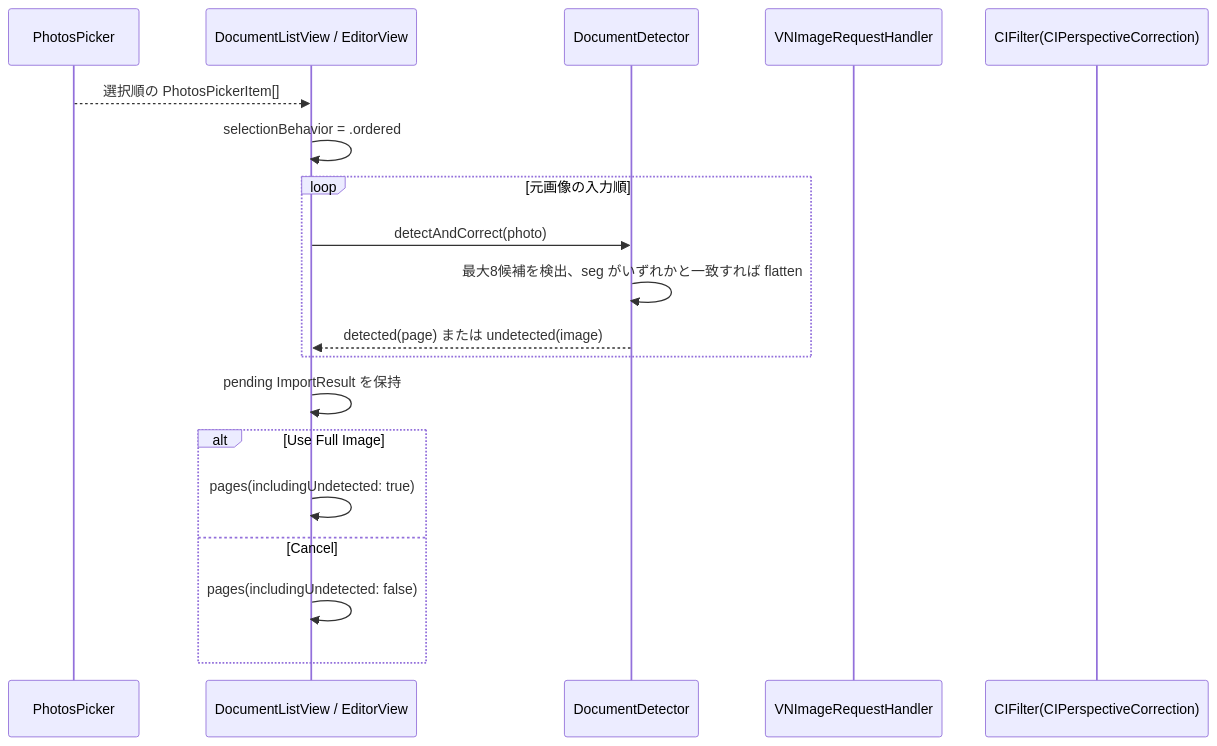
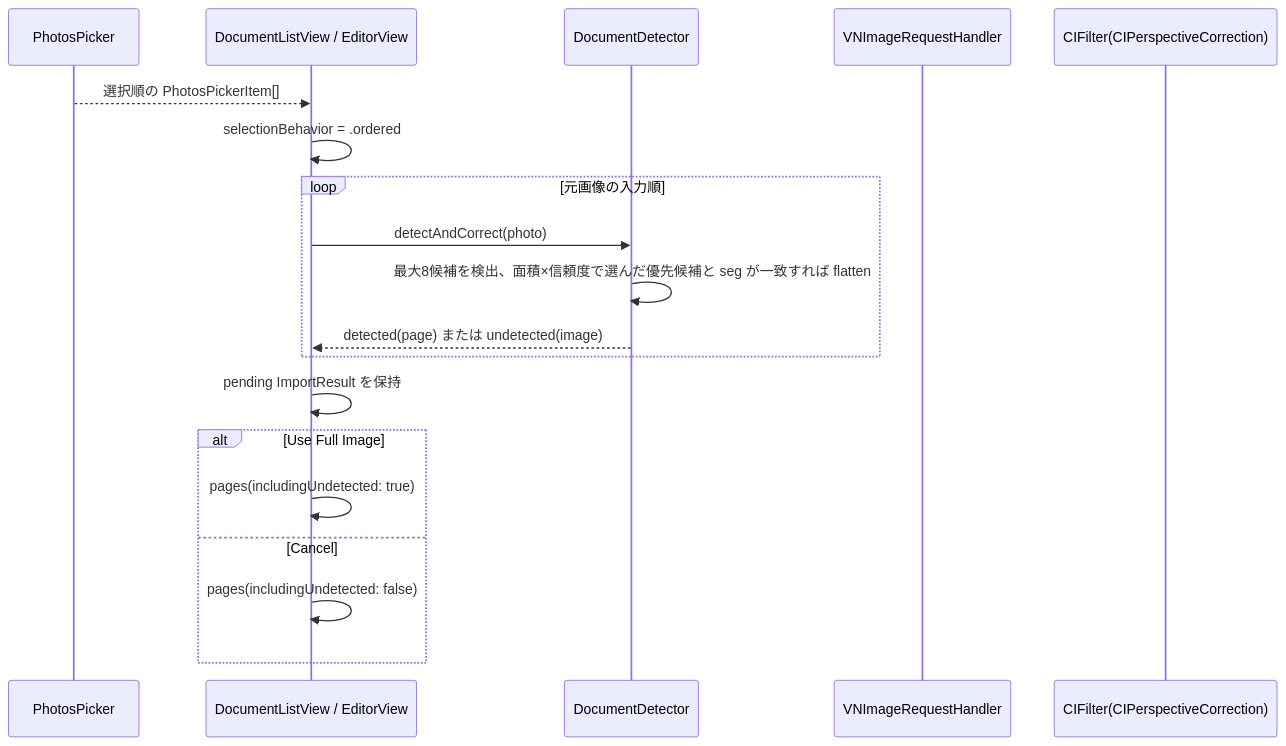
The second of 2 diagrams in DocScanner/Processing/README.md (gomurin0428/DocScanner), drawn with Mermaid before and after one commit. The commit also changed other lines of this file and 3 other files, not shown here.

````diff
--- a/DocScanner/Processing/README.md
+++ b/DocScanner/Processing/README.md
@@ -109,21 +109,21 @@
 ```mermaid
 sequenceDiagram
     participant Picker as PhotosPicker
     participant UI as DocumentListView / EditorView
     participant Det as DocumentDetector
     participant VN as VNImageRequestHandler
     participant CI as CIFilter(CIPerspectiveCorrection)
     Picker-->>UI: 選択順の PhotosPickerItem[]
     UI->>UI: selectionBehavior = .ordered
     loop 元画像の入力順
         UI->>Det: detectAndCorrect(photo)
-        Det->>Det: 最大8候補を検出、seg がいずれかと一致すれば flatten
+        Det->>Det: 最大8候補を検出、面積×信頼度で選んだ優先候補と seg が一致すれば flatten
         Det-->>UI: detected(page) または undetected(image)
     end
     UI->>UI: pending ImportResult を保持
     alt Use Full Image
         UI->>UI: pages(includingUndetected: true)
     else Cancel
         UI->>UI: pages(includingUndetected: false)
     end
 ```
````
